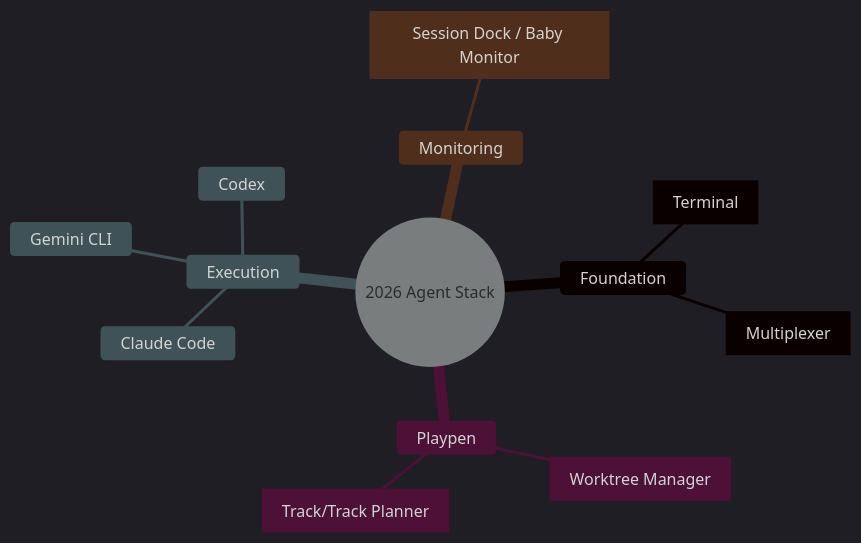
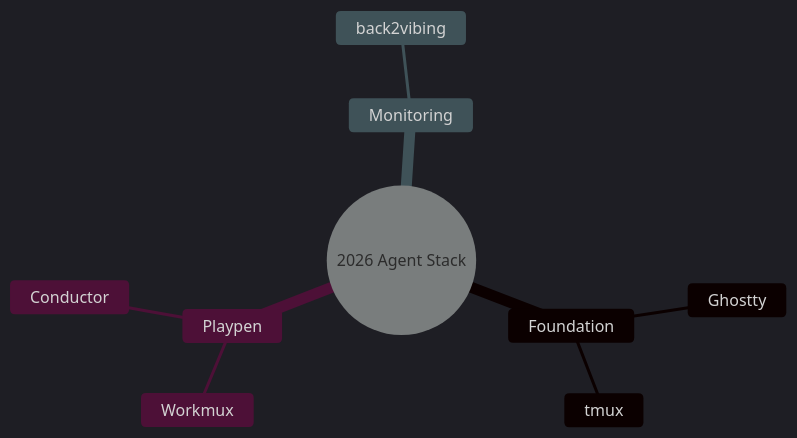
The second of 4 diagrams in src/content/blog/babysitting-agents-in-2026.md (builtby-win/ston), drawn with Mermaid before and after one commit. The commit also changed other lines of this file, not shown here.

Commit message:
Overhaul blog post with essence diagram, 90/10 comparison table, and simplified Mermaid charts

````diff
--- a/src/content/blog/babysitting-agents-in-2026.md
+++ b/src/content/blog/babysitting-agents-in-2026.md
@@ -66,17 +46,13 @@
 ```mermaid
 %%{init: {'theme': 'dark', 'themeVariables': { 'fontSize': '16px' }}}%%
 mindmap
     root((2026 Agent Stack))
         Foundation
-            Ghostty [Terminal]
-            tmux [Multiplexer]
+            Ghostty
+            tmux
         Playpen
-            Workmux [Worktree Manager]
-            Conductor [Track/Track Planner]
-        Execution
-            Claude Code
-            Gemini CLI
-            Codex
+            Workmux
+            Conductor
         Monitoring
-            back2vibing [Session Dock / Baby Monitor]
+            back2vibing
 ```
````
